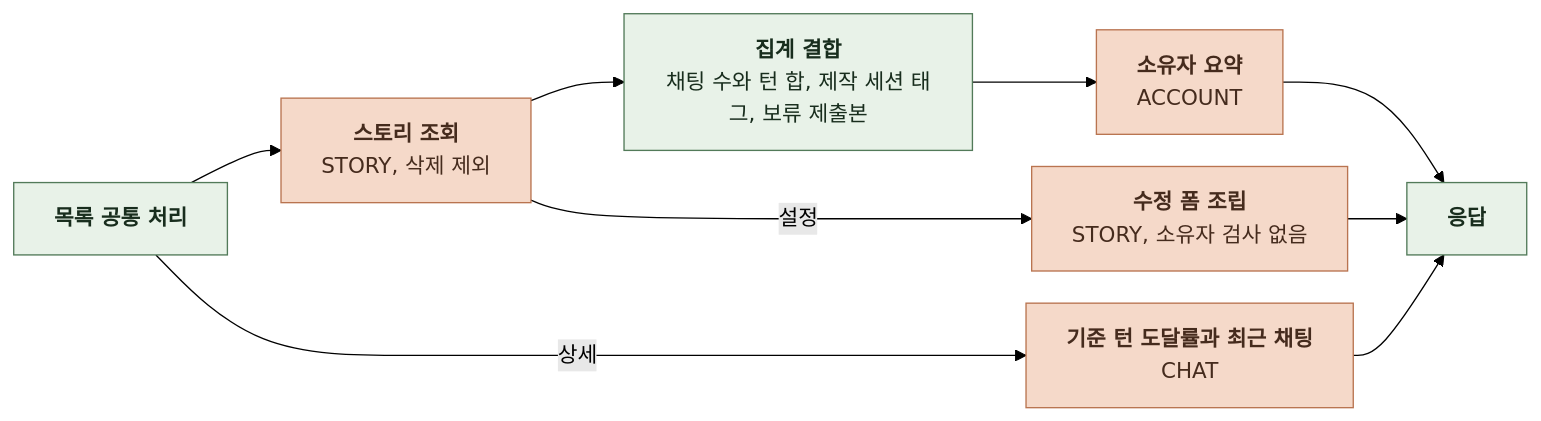
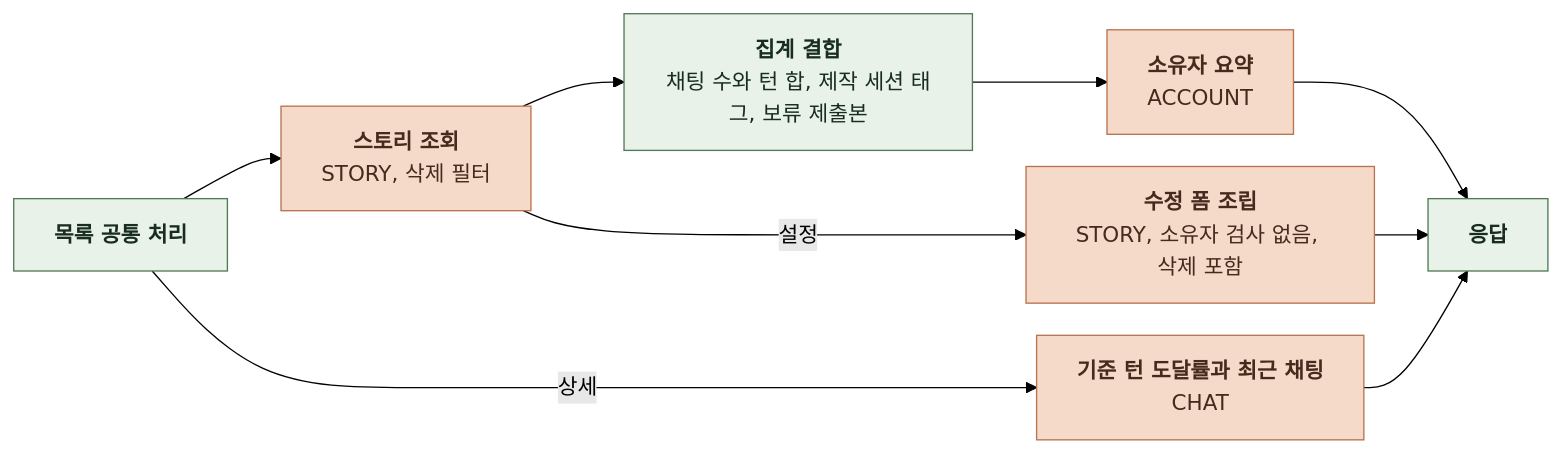
One commit to KIM-N-KANG/knk-harness changed the seventh of 19 diagrams in docs/domain/ADMIN/BACKEND/4-1-PIPELINES.md. Above: the diagram before and after it, drawn with Mermaid (forest theme). The commit also changed other lines of this file and 13 other files, not shown here.

````diff
--- a/docs/domain/ADMIN/BACKEND/4-1-PIPELINES.md
+++ b/docs/domain/ADMIN/BACKEND/4-1-PIPELINES.md
@@ -191,21 +191,21 @@
 ```mermaid
 %%{init: {"flowchart": {"curve": "basis", "nodeSpacing": 24, "rankSpacing": 40}}}%%
 flowchart LR
     A["`**목록 공통 처리**`"] --> B["`**스토리 조회**
-STORY, 삭제 제외`"]
+STORY, 삭제 필터`"]
     B --> C["`**집계 결합**
 채팅 수와 턴 합, 제작 세션 태그, 보류 제출본`"]
     C --> D["`**소유자 요약**
 ACCOUNT`"]
     D --> E["`**응답**`"]
     A -->|상세| F["`**기준 턴 도달률과 최근 채팅**
 CHAT`"]
     F --> E
     B -->|설정| G["`**수정 폼 조립**
-STORY, 소유자 검사 없음`"]
+STORY, 소유자 검사 없음, 삭제 포함`"]
     G --> E
     classDef comp fill:#E8F2E8,stroke:#527A59,color:#182D1D
     classDef task fill:#F5D9C9,stroke:#B97450,color:#452B1D
     class A,C,E comp
     class B,D,F,G task
 ```
````
